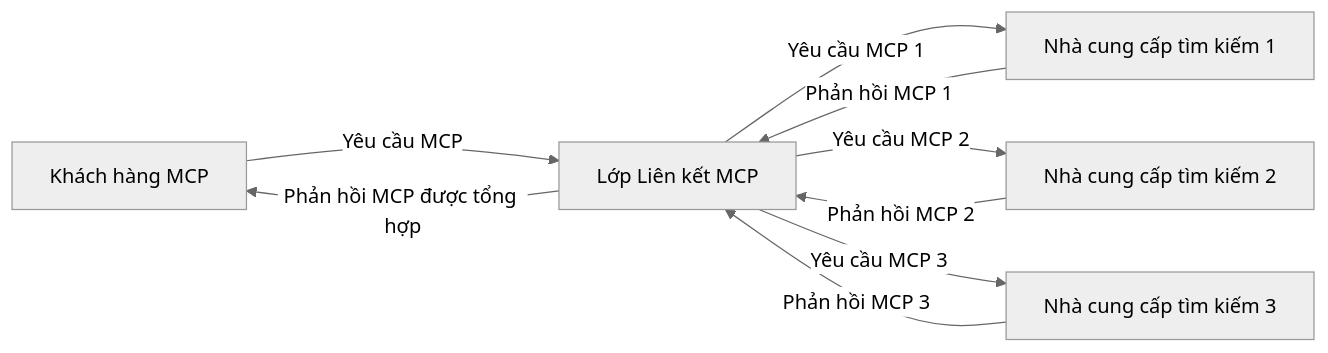
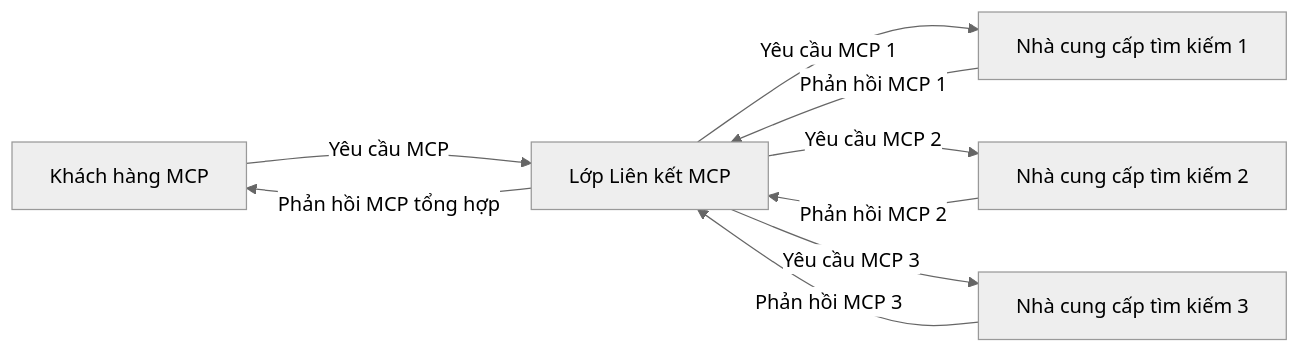
One commit to microsoft/mcp-for-beginners changed the third of 4 diagrams in translations/vi/05-AdvancedTopics/mcp-realtimesearch/README.md. Above: the diagram before and after it, drawn with Mermaid (neutral theme). The commit also changed other lines of this file and 139 other files, not shown here.

````diff
--- a/translations/vi/05-AdvancedTopics/mcp-realtimesearch/README.md
+++ b/translations/vi/05-AdvancedTopics/mcp-realtimesearch/README.md
@@ -610,11 +612,11 @@
 ```mermaid
 graph LR
     Client[Khách hàng MCP] --> |Yêu cầu MCP| Federation[Lớp Liên kết MCP]
     Federation --> |Yêu cầu MCP 1| Search1[Nhà cung cấp tìm kiếm 1]
     Federation --> |Yêu cầu MCP 2| Search2[Nhà cung cấp tìm kiếm 2]
     Federation --> |Yêu cầu MCP 3| Search3[Nhà cung cấp tìm kiếm 3]
     Search1 --> |Phản hồi MCP 1| Federation
     Search2 --> |Phản hồi MCP 2| Federation
     Search3 --> |Phản hồi MCP 3| Federation
-    Federation --> |Phản hồi MCP được tổng hợp| Client
+    Federation --> |Phản hồi MCP tổng hợp| Client
 ```
````
